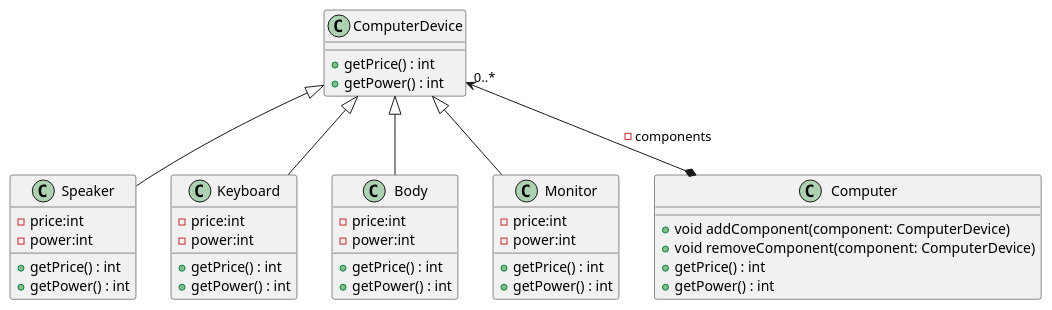
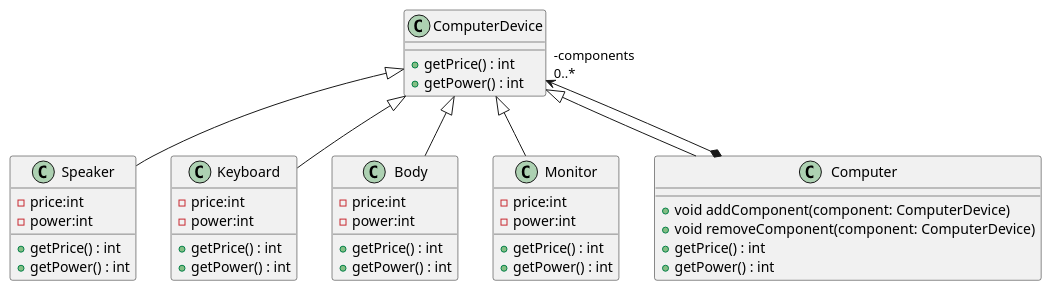
The diagram in UML/classDiagram.pu (Jin-uu/coding_workspace_desktop), drawn with PlantUML before and after one commit. The commit also changed 1 other file, not shown here.

Commit message:
mod diagram

```diff
--- a/UML/classDiagram.pu
+++ b/UML/classDiagram.pu
@@ -1,44 +1,45 @@
 @startuml CD
 class   ComputerDevice{
     +getPrice() : int
     +getPower() : int
 }
 class   Speaker{
     -price:int
     -power:int
     +getPrice() : int
     +getPower() : int
 }
 class   Keyboard{
     -price:int
     -power:int
     +getPrice() : int
     +getPower() : int
 }
 class   Body{
     -price:int
     -power:int
     +getPrice() : int
     +getPower() : int
 }
 class   Monitor{
     -price:int
     -power:int
     +getPrice() : int
     +getPower() : int
 }
 class   Computer{
     +void addComponent(component: ComputerDevice)
     +void removeComponent(component: ComputerDevice)
     +getPrice() : int
     +getPower() : int
 }
 
 ComputerDevice <|-- Speaker
 ComputerDevice <|-- Keyboard
 ComputerDevice <|-- Body
 ComputerDevice <|-- Monitor
-ComputerDevice "0..*" <--* Computer : -components
+ComputerDevice <|-- Computer
+ComputerDevice "-components\l0..*" <--* Computer 
 
 
 @enduml
```
